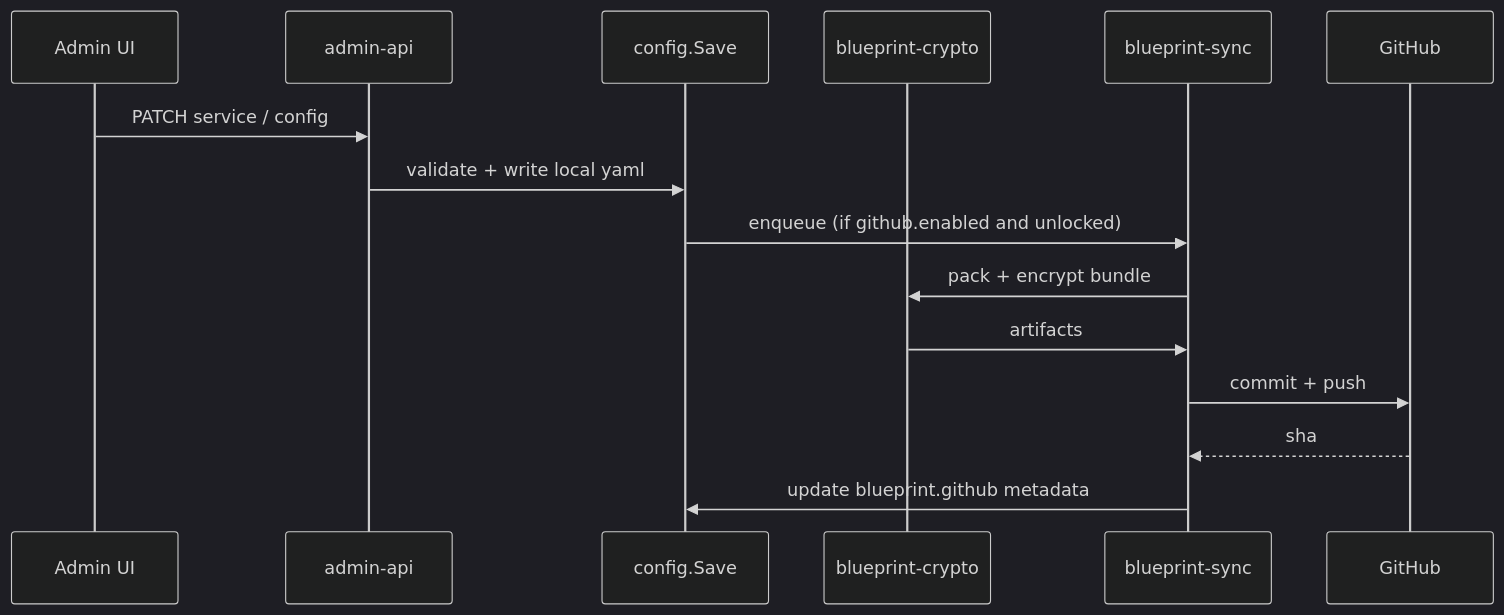
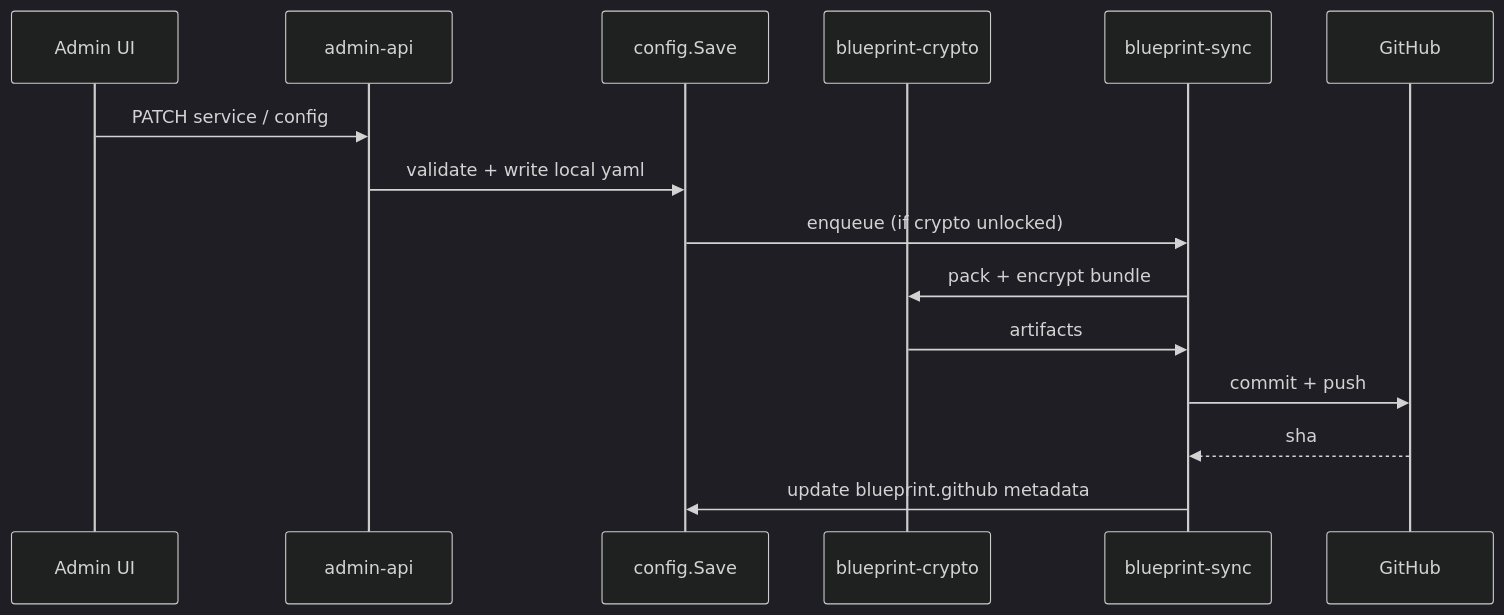
One commit to hsoni92/obelisk changed the first of 2 diagrams in docs/designs/github_encrypted_blueprint.md. Above: the diagram before and after it, drawn with Mermaid (dark theme). The commit also changed other lines of this file and 76 other files, not shown here.

````diff
--- a/docs/designs/github_encrypted_blueprint.md
+++ b/docs/designs/github_encrypted_blueprint.md
@@ -115,18 +174,18 @@
 ```mermaid
 sequenceDiagram
   participant UI as Admin UI
   participant API as admin-api
   participant CFG as config.Save
   participant CRY as blueprint-crypto
   participant SYNC as blueprint-sync
   participant GH as GitHub
 
   UI->>API: PATCH service / config
   API->>CFG: validate + write local yaml
-  CFG->>SYNC: enqueue (if github.enabled and unlocked)
+  CFG->>SYNC: enqueue (if crypto unlocked)
   SYNC->>CRY: pack + encrypt bundle
   CRY->>SYNC: artifacts
   SYNC->>GH: commit + push
   GH-->>SYNC: sha
   SYNC->>CFG: update blueprint.github metadata
 ```
````
